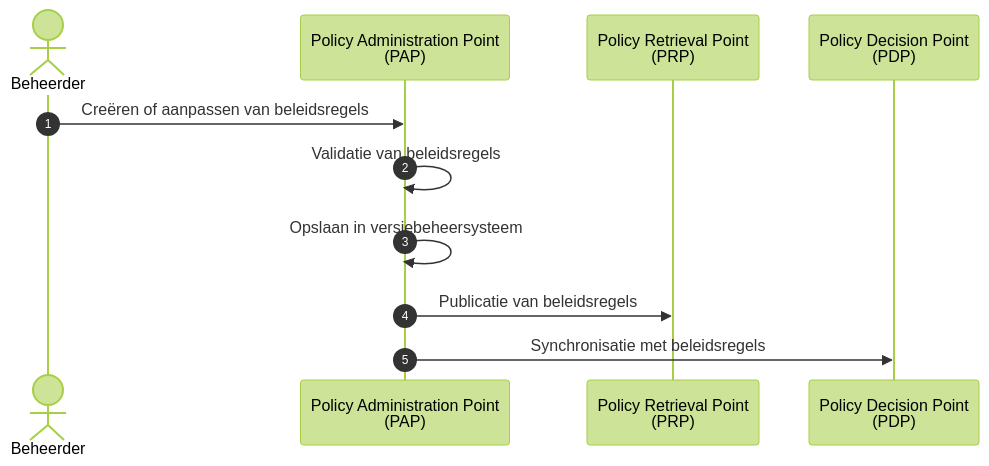
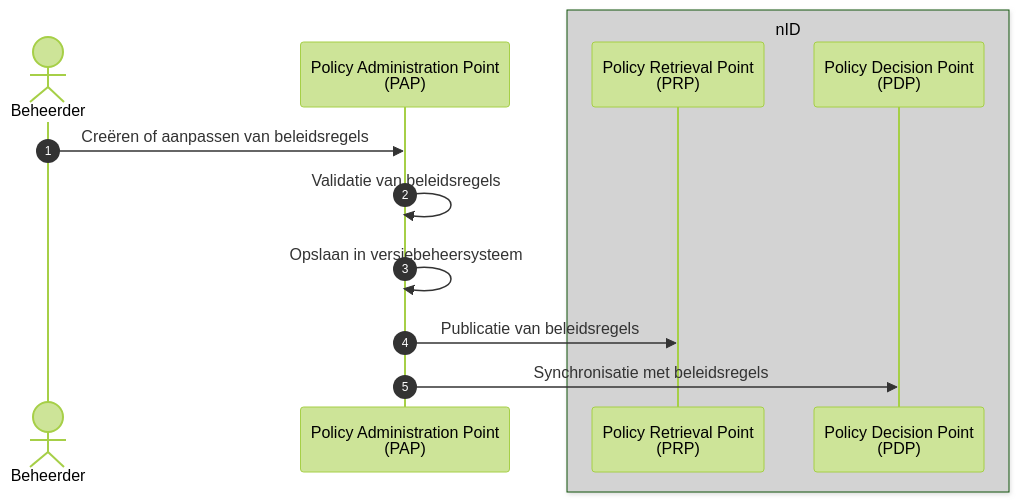
The seventh of 11 diagrams in docs/applicatie/nid_netwerkstelsel.md (iStandaarden/Afsprakenstelsel-iWlz), drawn with Mermaid before and after one commit. The commit also changed other lines of this file, not shown here.

````diff
--- a/docs/applicatie/nid_netwerkstelsel.md
+++ b/docs/applicatie/nid_netwerkstelsel.md
@@ -606,18 +601,20 @@
 ```mermaid
 ---
 config:
   theme: forest
 ---
 sequenceDiagram
     autonumber
     actor Admin as Beheerder
     participant PAP as Policy Administration Point<br/>(PAP)
+    box lightgrey nID
     participant PRP as Policy Retrieval Point<br/>(PRP)
     participant PDP as Policy Decision Point<br/>(PDP)
+    end
 
     Admin->>PAP: Creëren of aanpassen van beleidsregels
     PAP->>PAP: Validatie van beleidsregels
     PAP->>PAP: Opslaan in versiebeheersysteem
     PAP->>PRP: Publicatie van beleidsregels
     PAP->>PDP: Synchronisatie met beleidsregels
 ```
````
